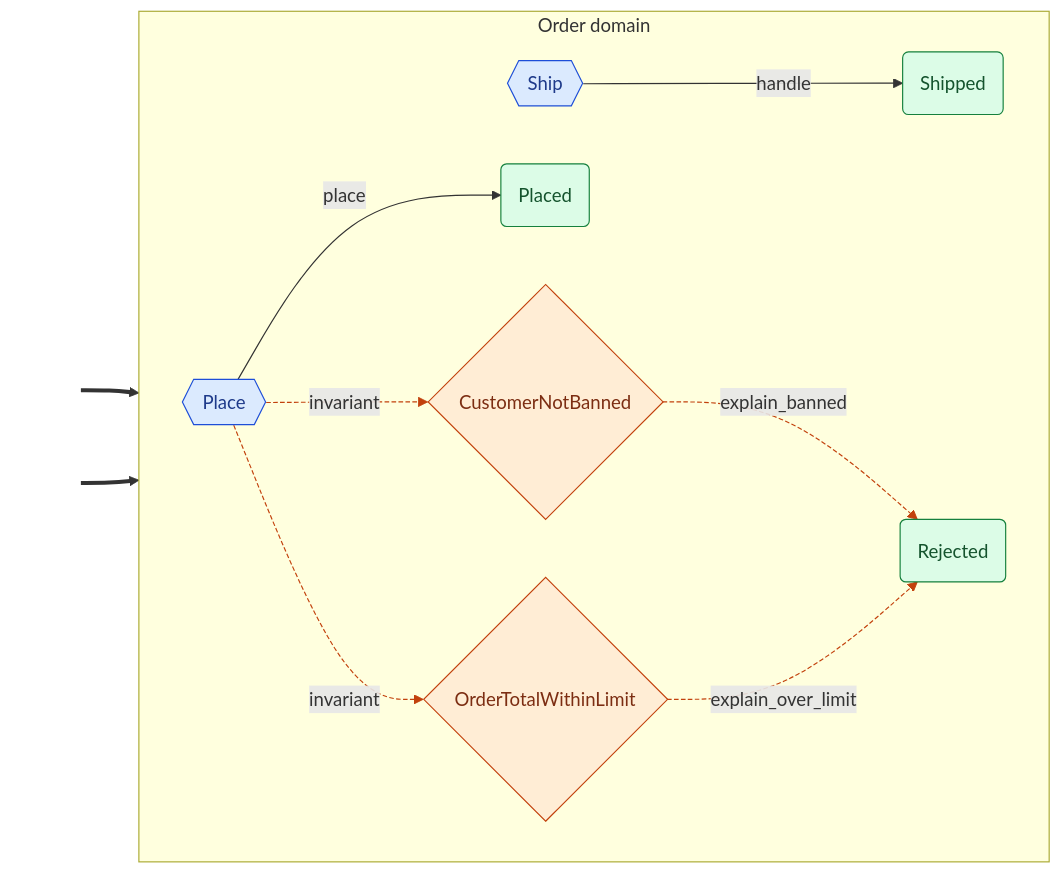
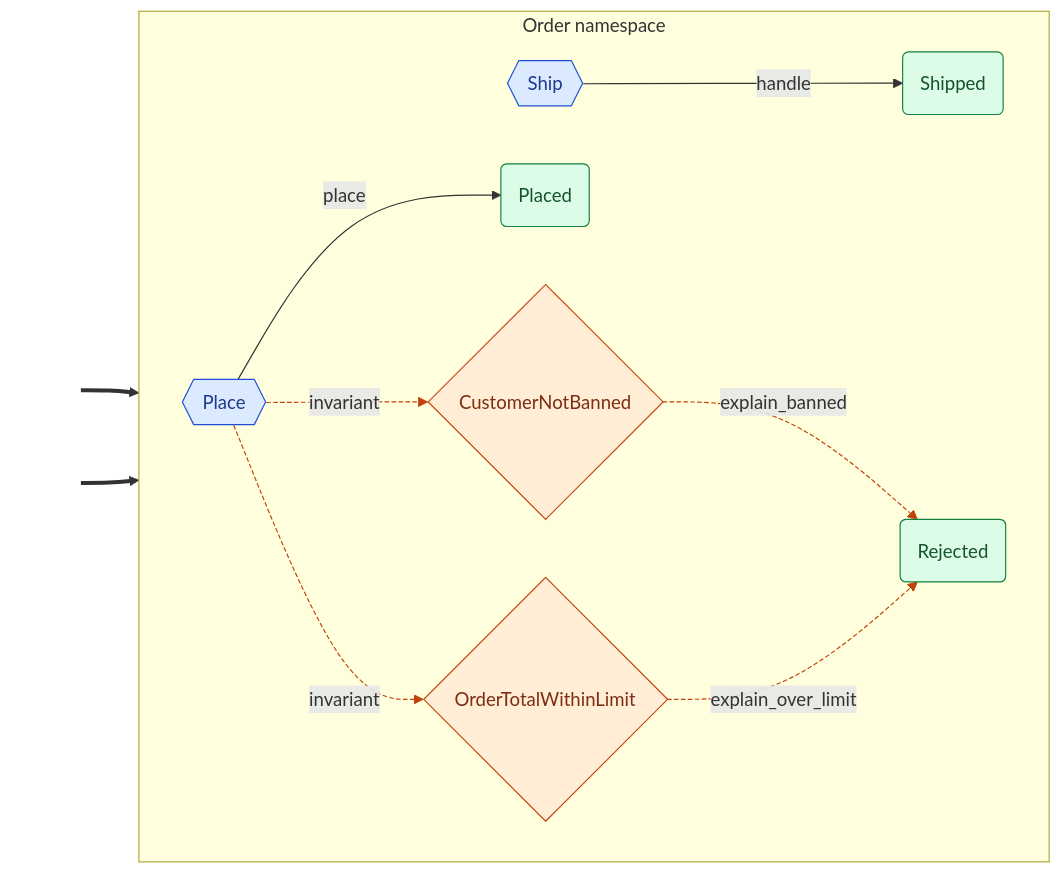
Before and after one commit to cadance-io/langgraph-events: the diagram in docs/index.md, drawn with Mermaid. The commit also changed other lines of this file and 44 other files, not shown here.

````diff
--- a/docs/index.md
+++ b/docs/index.md
@@ -33,29 +33,29 @@
 ```mermaid
 graph LR
     classDef entry fill:none,stroke:none,color:none
     classDef cmd fill:#dbeafe,stroke:#1d4ed8,color:#1e3a8a
     classDef devt fill:#dcfce7,stroke:#15803d,color:#14532d
     classDef intg fill:#ede9fe,stroke:#6d28d9,color:#4c1d95
     classDef syst fill:#fef3c7,stroke:#b45309,color:#78350f
     classDef halt fill:#fef3c7,stroke:#b45309,color:#78350f,stroke-width:3px,stroke-dasharray:4 2
     classDef inv fill:#ffedd5,stroke:#c2410c,color:#7c2d12
-    subgraph Order["Order domain"]
+    subgraph Order["Order namespace"]
         direction LR
         Place{{Place}}:::cmd
         Placed(Placed):::devt
         Rejected(Rejected):::devt
         Ship{{Ship}}:::cmd
         Shipped(Shipped):::devt
         CustomerNotBanned{CustomerNotBanned}:::inv
         OrderTotalWithinLimit{OrderTotalWithinLimit}:::inv
     end
     _e0_[ ]:::entry ==> Place
     _e1_[ ]:::entry ==> Ship
     Ship -->|handle| Shipped
     Place -->|place| Placed
     CustomerNotBanned -.->|explain_banned| Rejected
     OrderTotalWithinLimit -.->|explain_over_limit| Rejected
     Place -.->|invariant| CustomerNotBanned
     Place -.->|invariant| OrderTotalWithinLimit
     linkStyle 4,5,6,7 stroke:#c2410c,stroke-dasharray:4 2
 ```
````
